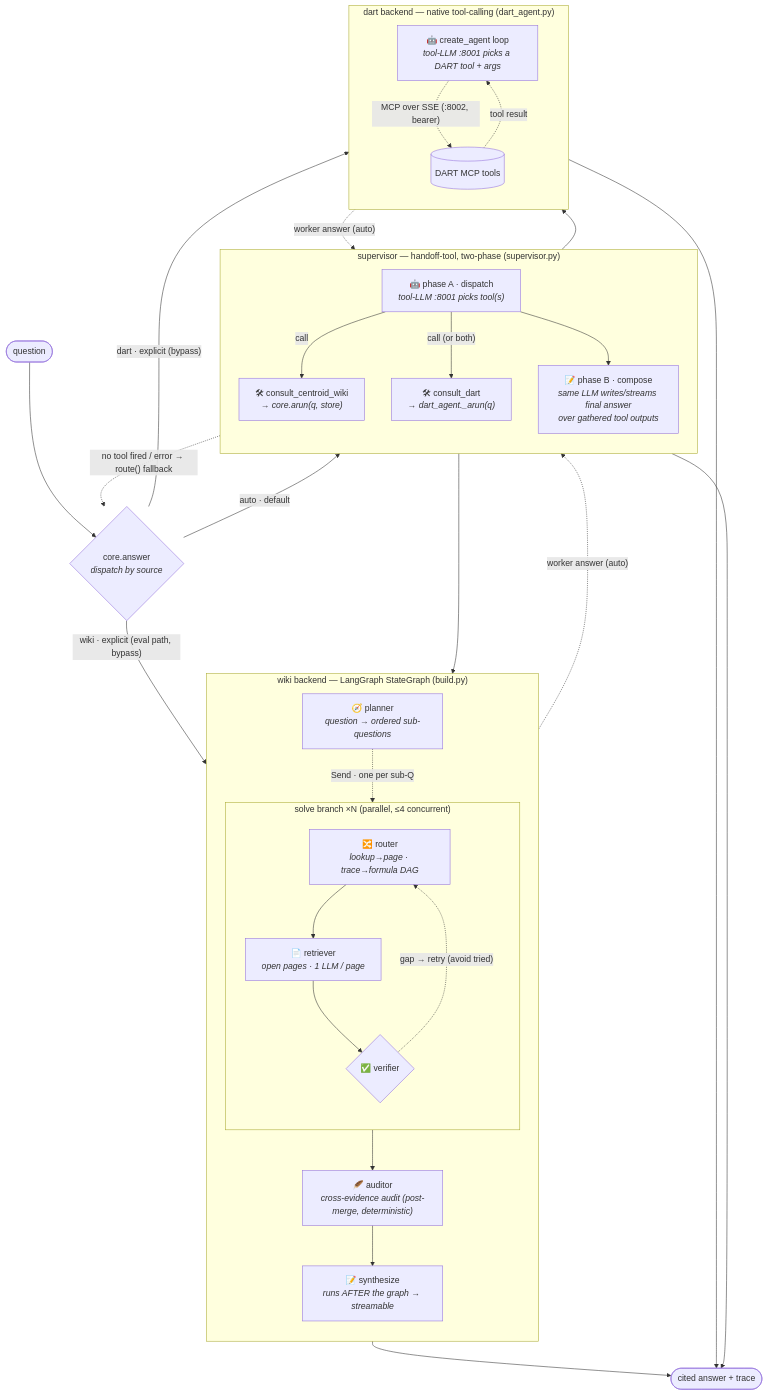
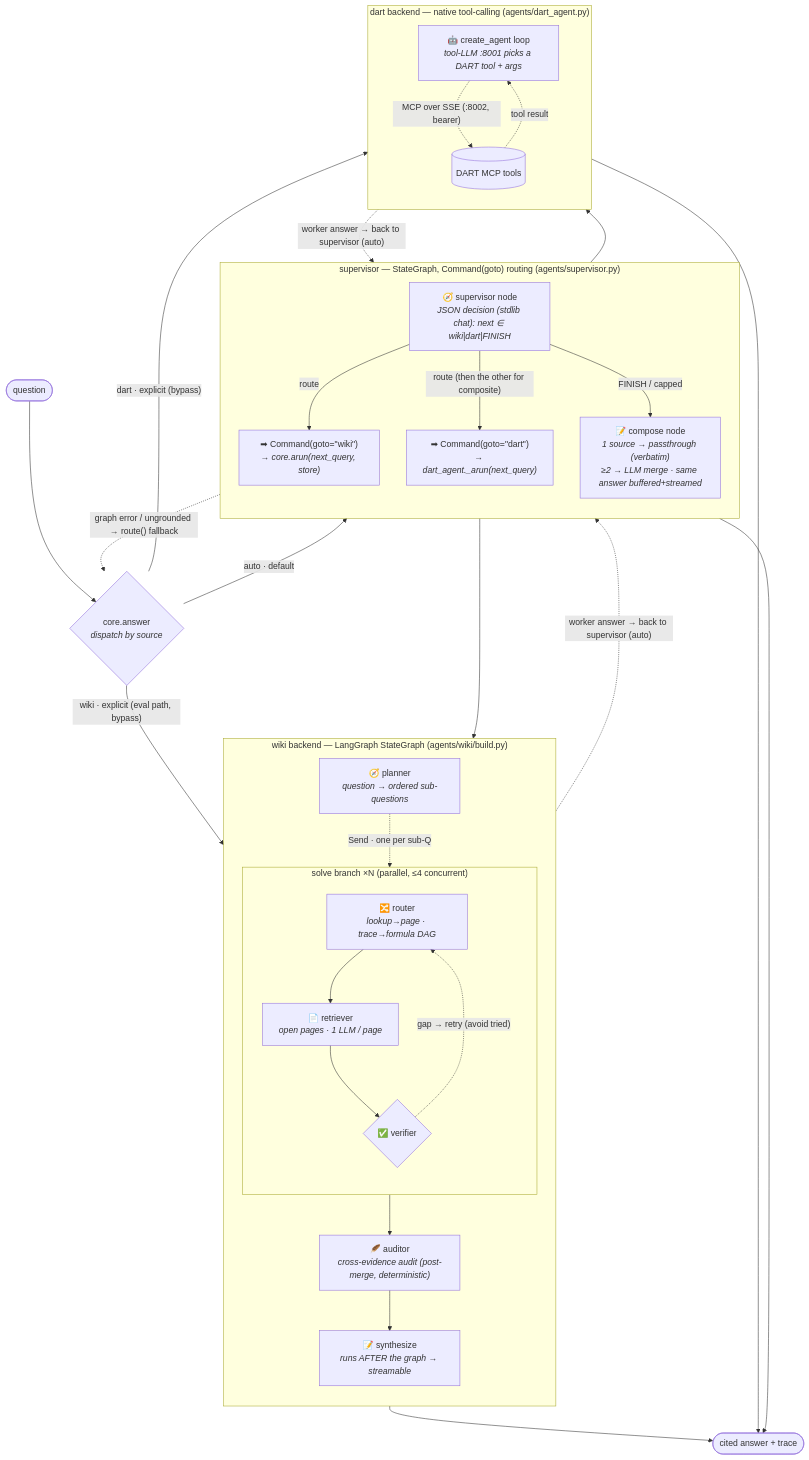
The first of 3 diagrams in docs/agent_graph.md (qkrguswn2401/MA), drawn with Mermaid before and after one commit. The commit also changed other lines of this file and 22 other files, not shown here.

First line of the commit message:
refactor(agent): group backends under agents/ + real-token streaming fast-path

````diff
--- a/docs/agent_graph.md
+++ b/docs/agent_graph.md
@@ -29,50 +44,50 @@
 ```mermaid
 flowchart TD;
   Q(["question"]) --> AN{"core.answer<br/><i>dispatch by source</i>"};
   AN -- "auto · default" --> SUP;
   AN -- "wiki · explicit (eval path, bypass)" --> WIKI;
   AN -- "dart · explicit (bypass)" --> DART;
 
-  subgraph SUP["supervisor — handoff-tool, two-phase (supervisor.py)"];
+  subgraph SUP["supervisor — StateGraph, Command(goto) routing (agents/supervisor.py)"];
     direction TB;
-    SA["🤖 phase A · dispatch<br/><i>tool-LLM :8001 picks tool(s)</i>"];
-    TW["🛠 consult_centroid_wiki<br/><i>→ core.arun(q, store)</i>"];
-    TD["🛠 consult_dart<br/><i>→ dart_agent._arun(q)</i>"];
-    SA -- "call" --> TW;
-    SA -- "call (or both)" --> TD;
-    SA --> SC["📝 phase B · compose<br/><i>same LLM writes/streams final answer<br/>over gathered tool outputs</i>"];
+    SA["🧭 supervisor node<br/><i>JSON decision (stdlib chat): next ∈ wiki|dart|FINISH</i>"];
+    TW["➡ Command(goto=&quot;wiki&quot;)<br/><i>→ core.arun(next_query, store)</i>"];
+    TD["➡ Command(goto=&quot;dart&quot;)<br/><i>→ dart_agent._arun(next_query)</i>"];
+    SA -- "route" --> TW;
+    SA -- "route (then the other for composite)" --> TD;
+    SA -- "FINISH / capped" --> SC["📝 compose node<br/><i>1 source → passthrough (verbatim)<br/>≥2 → LLM merge · same answer buffered+streamed</i>"];
   end;
-  SUP -. "no tool fired / error → route() fallback" .-> AN;
+  SUP -. "graph error / ungrounded → route() fallback" .-> AN;
 
   TW --> WIKI;
   TD --> DART;
 
-  subgraph WIKI["wiki backend — LangGraph StateGraph (build.py)"];
+  subgraph WIKI["wiki backend — LangGraph StateGraph (agents/wiki/build.py)"];
     direction TB;
     P["🧭 planner<br/><i>question → ordered sub-questions</i>"];
     subgraph SB["solve branch ×N (parallel, ≤4 concurrent)"];
       direction TB;
       R["🔀 router<br/><i>lookup→page · trace→formula DAG</i>"] --> TR["📄 retriever<br/><i>open pages · 1 LLM / page</i>"];
       TR --> V{"✅ verifier"};
       V -. "gap → retry (avoid tried)" .-> R;
     end;
     P -. "Send · one per sub-Q" .-> SB;
     SB --> AU["🪶 auditor<br/><i>cross-evidence audit (post-merge, deterministic)</i>"];
     AU --> SY["📝 synthesize<br/><i>runs AFTER the graph → streamable</i>"];
   end;
 
-  subgraph DART["dart backend — native tool-calling (dart_agent.py)"];
+  subgraph DART["dart backend — native tool-calling (agents/dart_agent.py)"];
     direction TB;
     DA["🤖 create_agent loop<br/><i>tool-LLM :8001 picks a DART tool + args</i>"];
     DT[("DART MCP tools")];
     DA -. "MCP over SSE (:8002, bearer)" .-> DT;
     DT -. "tool result" .-> DA;
   end;
 
-  WIKI -. "worker answer (auto)" .-> SC;
-  DART -. "worker answer (auto)" .-> SC;
+  WIKI -. "worker answer → back to supervisor (auto)" .-> SA;
+  DART -. "worker answer → back to supervisor (auto)" .-> SA;
 
   SC --> A(["cited answer + trace"]);
   WIKI --> A;
   DART --> A;
 ```
````
